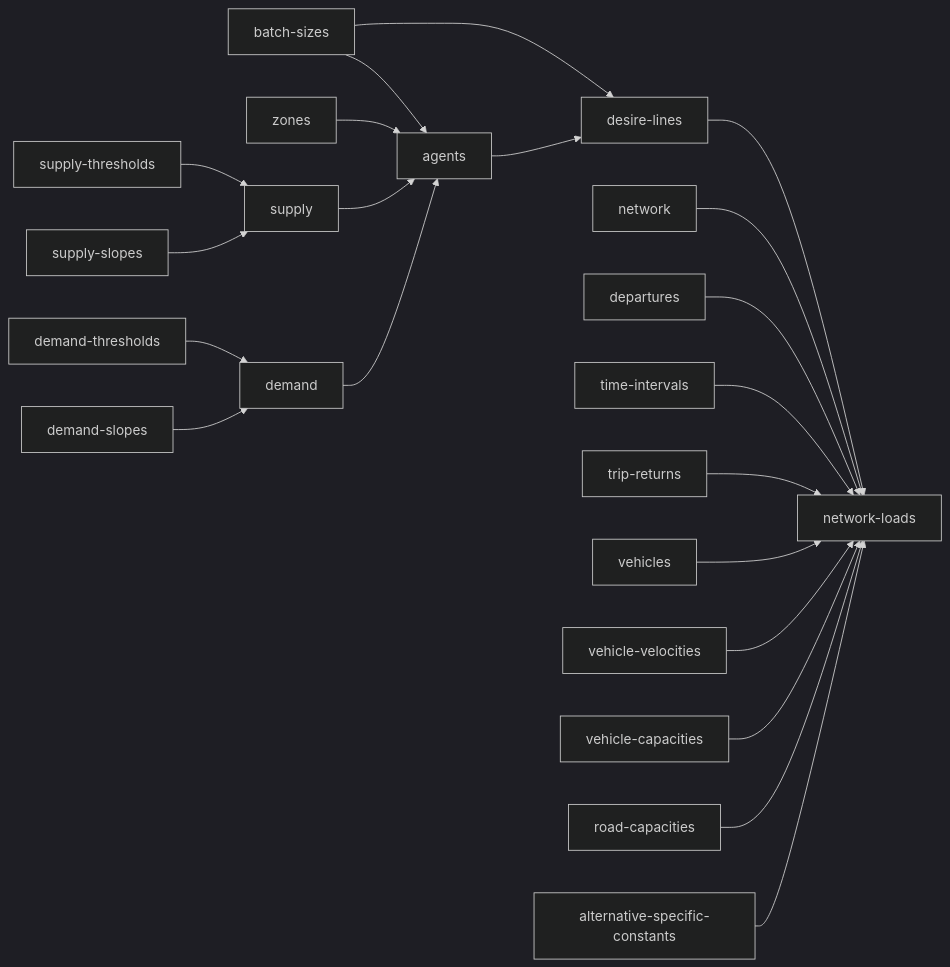
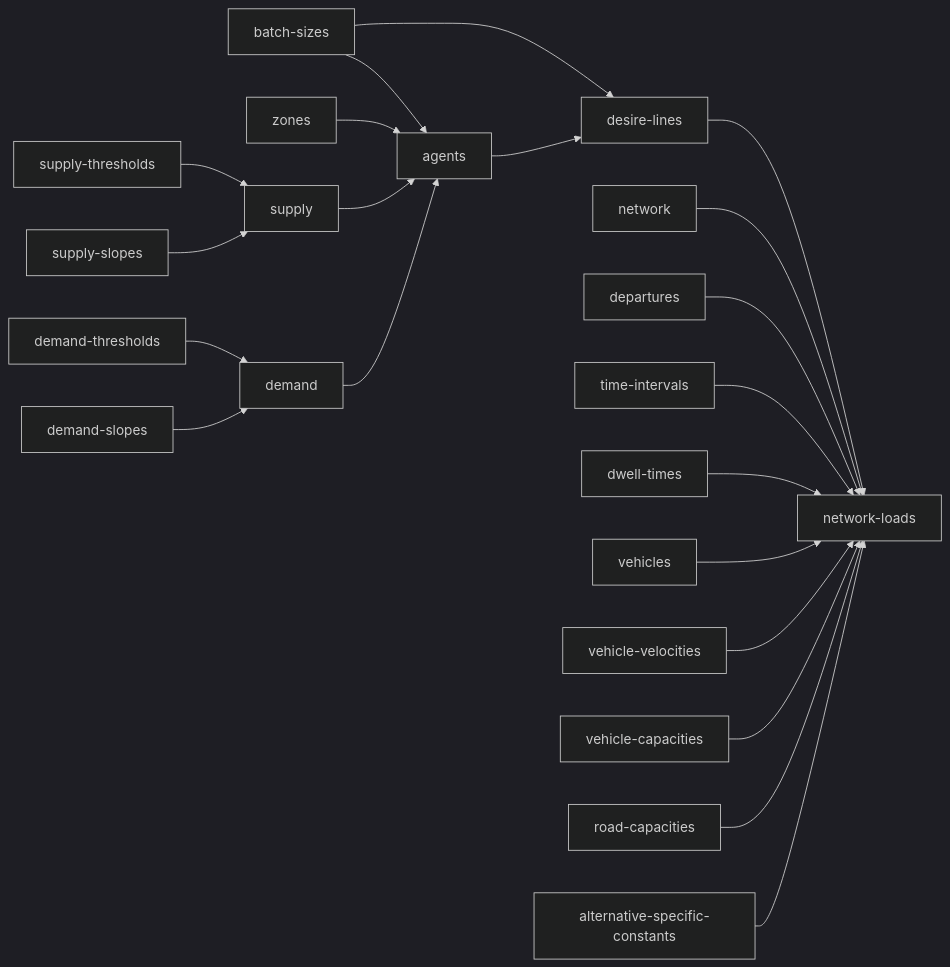
Before and after one commit to hcubasd/urban-dollop: the diagram in README.md, drawn with Mermaid (dark theme). The commit also changed 10 other files, not shown here.

First line of the commit message:
Add network-loads synth with BPR routing, MNL vehicle choice, and dwell times

````diff
--- a/README.md
+++ b/README.md
@@ -3,23 +3,23 @@
 ```mermaid
 flowchart LR
     batch_sizes[batch-sizes] --> agents
     zones[zones] --> agents
     demand_slopes[demand-slopes] --> demand[demand]
     demand_thresholds[demand-thresholds] --> demand
     supply_slopes[supply-slopes] --> supply[supply]
     supply_thresholds[supply-thresholds] --> supply
     demand --> agents[agents]
     supply --> agents
     agents --> desire_lines[desire-lines]
     batch_sizes --> desire_lines
     desire_lines --> network_loads
     network[network] --> network_loads[network-loads]
     departures[departures] --> network_loads
     time_intervals[time-intervals] --> network_loads
-    trip_returns[trip-returns] --> network_loads
+    dwell_times[dwell-times] --> network_loads
     vehicles[vehicles] --> network_loads
     vehicle_velocities[vehicle-velocities] --> network_loads
     vehicle_capacities[vehicle-capacities] --> network_loads
     road_capacities[road-capacities] --> network_loads
     alternative_specific_constants[alternative-specific-constants] --> network_loads
 ```
````
